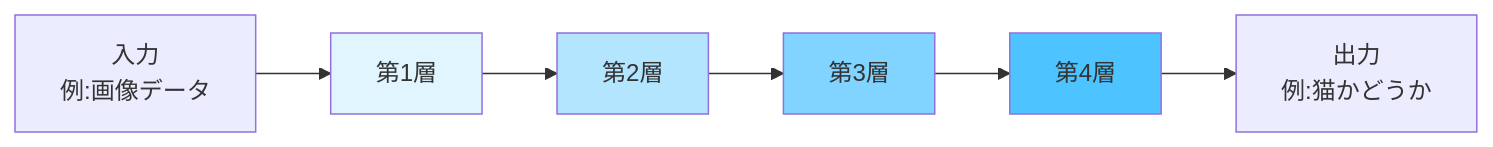
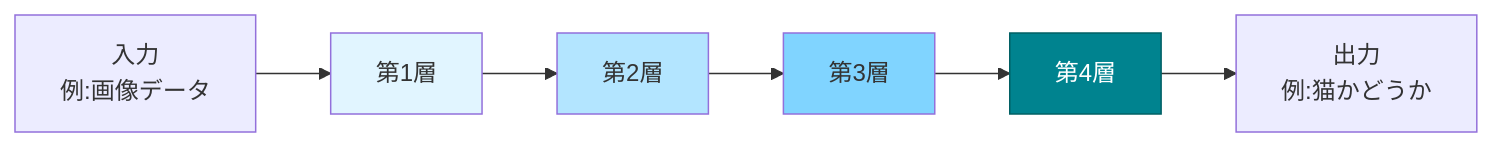
Before and after one commit to cyber-freaks-jp/AI_Driven_Development_Course: the first of 2 diagrams in book/pages/ディープラーニングとは.md, drawn with Mermaid. The commit also changed other lines of this file and 5 other files, not shown here.

````diff
--- a/book/pages/ディープラーニングとは.md
+++ b/book/pages/ディープラーニングとは.md
@@ -9,13 +9,13 @@
 ```mermaid
 graph LR
     A[入力<br/>例:画像データ] --> B[第1層]
     B --> C[第2層]
     C --> D[第3層]
     D --> E[第4層]
     E --> F[出力<br/>例:猫かどうか]
 
     style B fill:#e1f5ff
     style C fill:#b3e5ff
     style D fill:#80d4ff
-    style E fill:#4dc3ff
+    style E fill:#00838F,color:#FFFFFF,stroke:#006064
 ```
````
